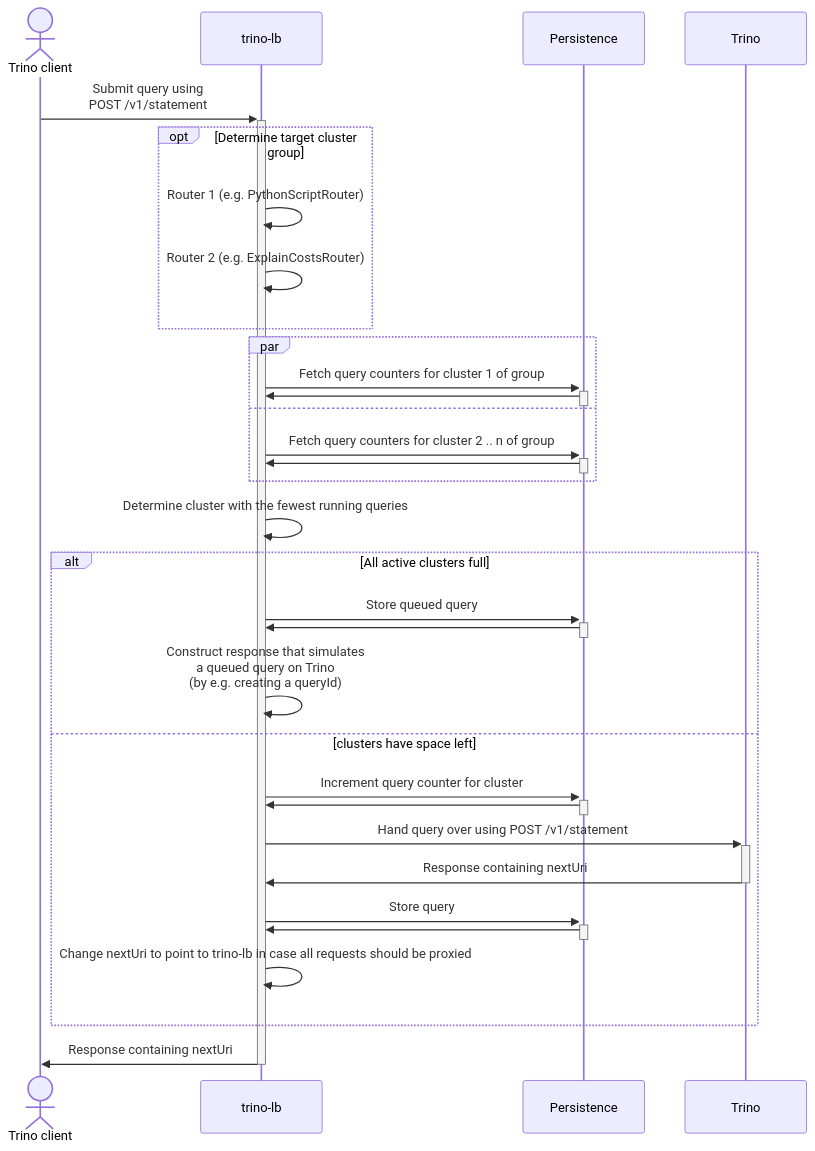
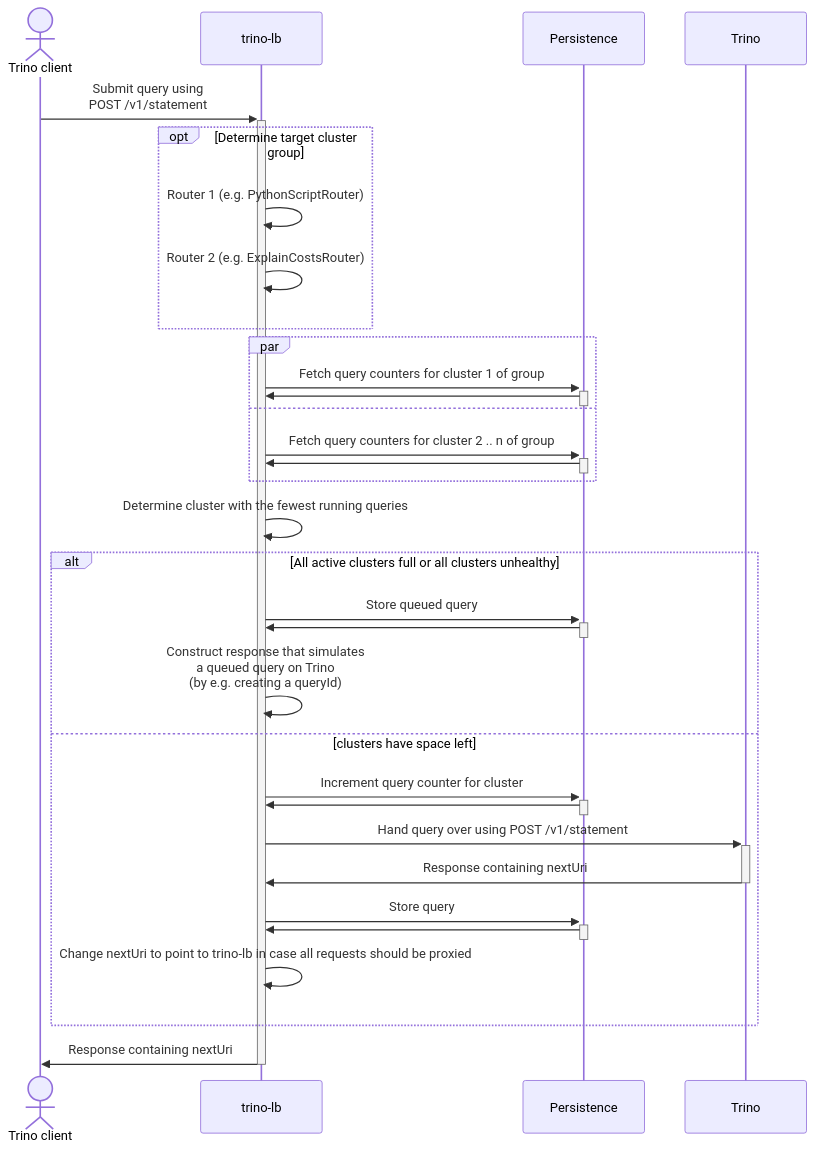
One commit to stackabletech/trino-lb changed the second of 2 diagrams in docs/design.md. Above: the diagram before and after it, drawn with Mermaid. The commit also changed other lines of this file, not shown here.

Commit message:
Add a diagram

````diff
--- a/docs/design.md
+++ b/docs/design.md
@@ -129,43 +163,43 @@
 ```mermaid
 sequenceDiagram
     actor client as Trino client
     participant lb as trino-lb
     participant persistence as Persistence
     participant trino as Trino
 
     client ->>+ lb: Submit query using <br/> POST /v1/statement
     opt Determine target cluster group
         lb ->> lb: Router 1 (e.g. PythonScriptRouter)
         lb ->> lb: Router 2 (e.g. ExplainCostsRouter)
     end
 
     par
         lb ->>+ persistence: Fetch query counters for cluster 1 of group
         persistence ->>- lb: # Don't strip space
     and
         lb ->>+ persistence: Fetch query counters for cluster 2 .. n of group
         persistence ->>- lb: # Don't strip space
     end
 
     lb ->> lb: Determine cluster with the fewest running queries
 
-    alt All active clusters full
+    alt All active clusters full or all clusters unhealthy
         lb ->>+ persistence: Store queued query
         persistence ->>- lb: # Don't strip space
 
         lb ->> lb: Construct response that simulates <br/> a queued query on Trino <br/> (by e.g. creating a queryId)
     else clusters have space left
         lb ->>+ persistence: Increment query counter for cluster
         persistence ->>- lb: # Don't strip space
 
         lb ->>+ trino: Hand query over using POST /v1/statement
         trino ->>- lb: Response containing nextUri
 
         lb ->>+ persistence: Store query
         persistence ->>- lb: # Don't strip space
 
         lb ->> lb: Change nextUri to point to trino-lb in case all requests should be proxied
     end
 
     lb ->>- client: Response containing nextUri
 ```
````
